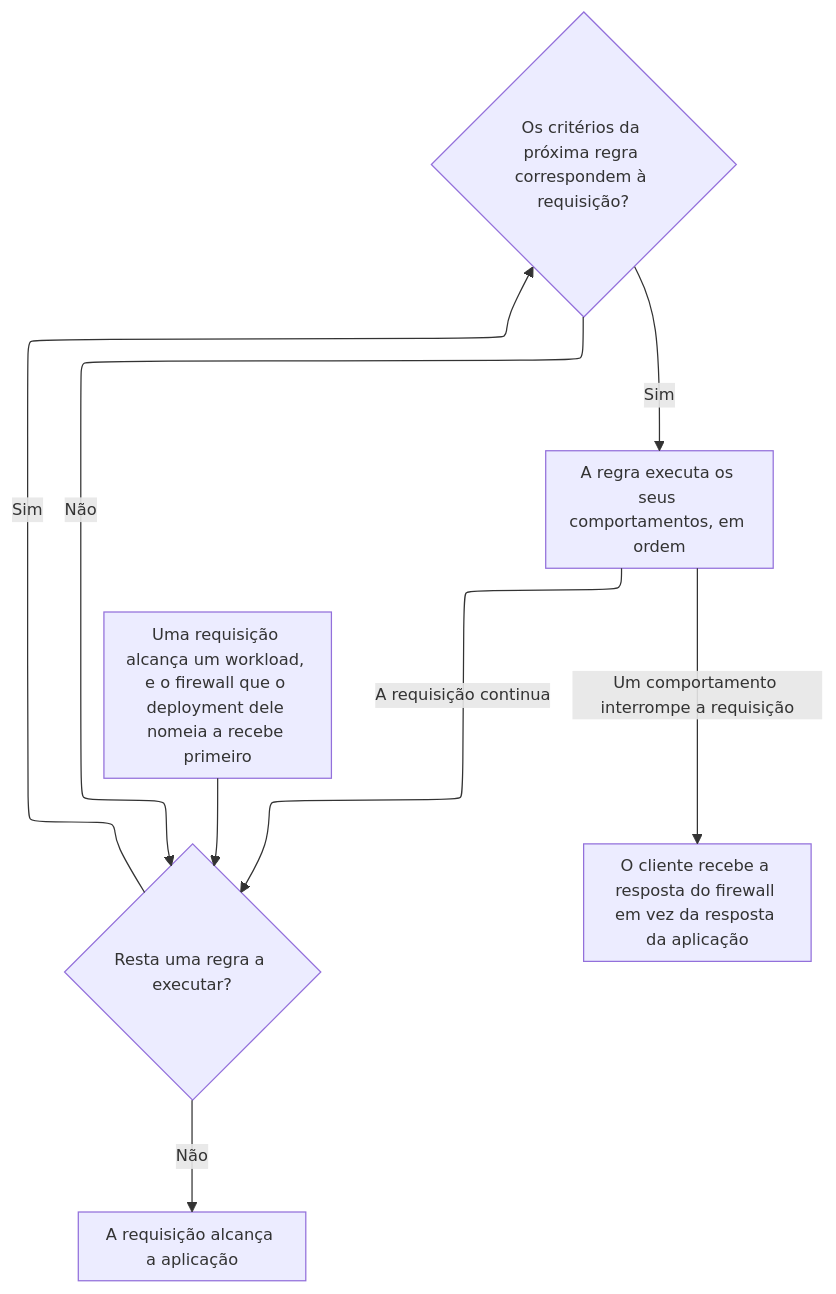
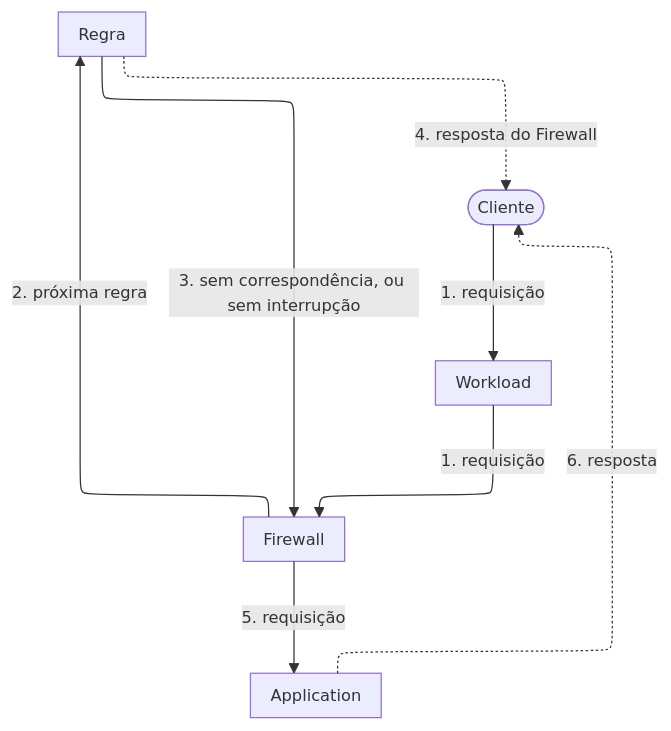
One commit to aziontech/docs changed the diagram in apps/docs/src/content/docs/pt-br/pages/secure/firewall/como-funciona.mdx. Above: the diagram before and after it, drawn with Mermaid. The commit also changed other lines of this file and 233 other files, not shown here.

````diff
--- a/apps/docs/src/content/docs/pt-br/pages/secure/firewall/como-funciona.mdx
+++ b/apps/docs/src/content/docs/pt-br/pages/secure/firewall/como-funciona.mdx
@@ -30,11 +34,16 @@
 ```mermaid
-%%{init: {"layout": "elk", "themeVariables": {"fontSize": "13px"}, "flowchart": {"nodeSpacing": 24, "rankSpacing": 36, "padding": 8, "wrappingWidth": 150, "useMaxWidth": true}, "sequence": {"width": 120, "actorMargin": 30, "useMaxWidth": true}}}%%
+%%{init: {"layout": "elk", "elk": {"cycleBreakingStrategy": "MODEL_ORDER"}, "themeVariables": {"fontSize": "13px"}, "flowchart": {"nodeSpacing": 24, "rankSpacing": 36, "padding": 8, "wrappingWidth": 150, "useMaxWidth": true}, "sequence": {"width": 120, "actorMargin": 30, "useMaxWidth": true}}}%%
 flowchart TD
-  Req["Uma requisição alcança um workload, e o firewall que o deployment dele nomeia a recebe primeiro"] --> Left{"Resta uma regra a executar?"}
-  Left -->|"Não"| App["A requisição alcança a aplicação"]
-  Left -->|"Sim"| Crit{"Os critérios da próxima regra correspondem à requisição?"}
-  Crit -->|"Não"| Left
-  Crit -->|"Sim"| Beh["A regra executa os seus comportamentos, em ordem"]
-  Beh -->|"Um comportamento interrompe a requisição"| Stop["O cliente recebe a resposta do firewall em vez da resposta da aplicação"]
-  Beh -->|"A requisição continua"| Left
+  Client(["Cliente"])
+  WL["Workload"]
+  FW["Firewall"]
+  Rule["Regra"]
+  App["Application"]
+  Client -->|"1. requisição"| WL
+  WL -->|"1. requisição"| FW
+  FW -->|"2. próxima regra"| Rule
+  Rule -->|"3. sem correspondência, ou sem interrupção"| FW
+  Rule -.->|"4. resposta do Firewall"| Client
+  FW -->|"5. requisição"| App
+  App -.->|"6. resposta"| Client
 ```
````
